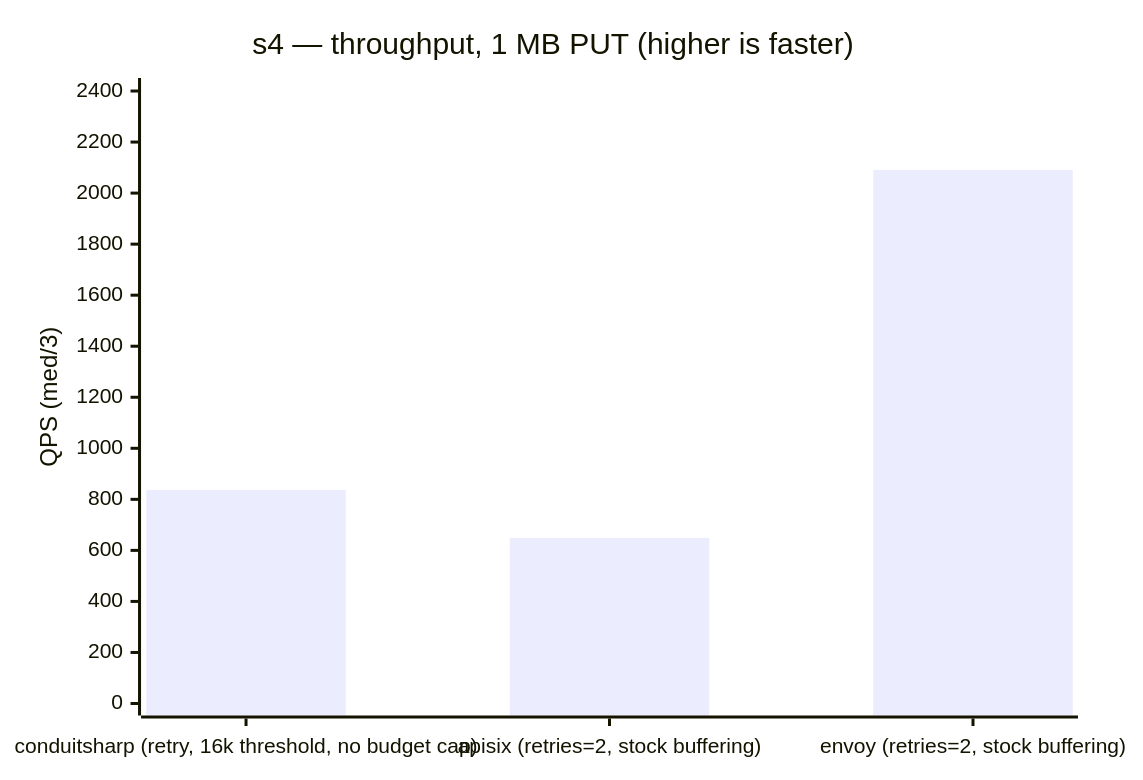
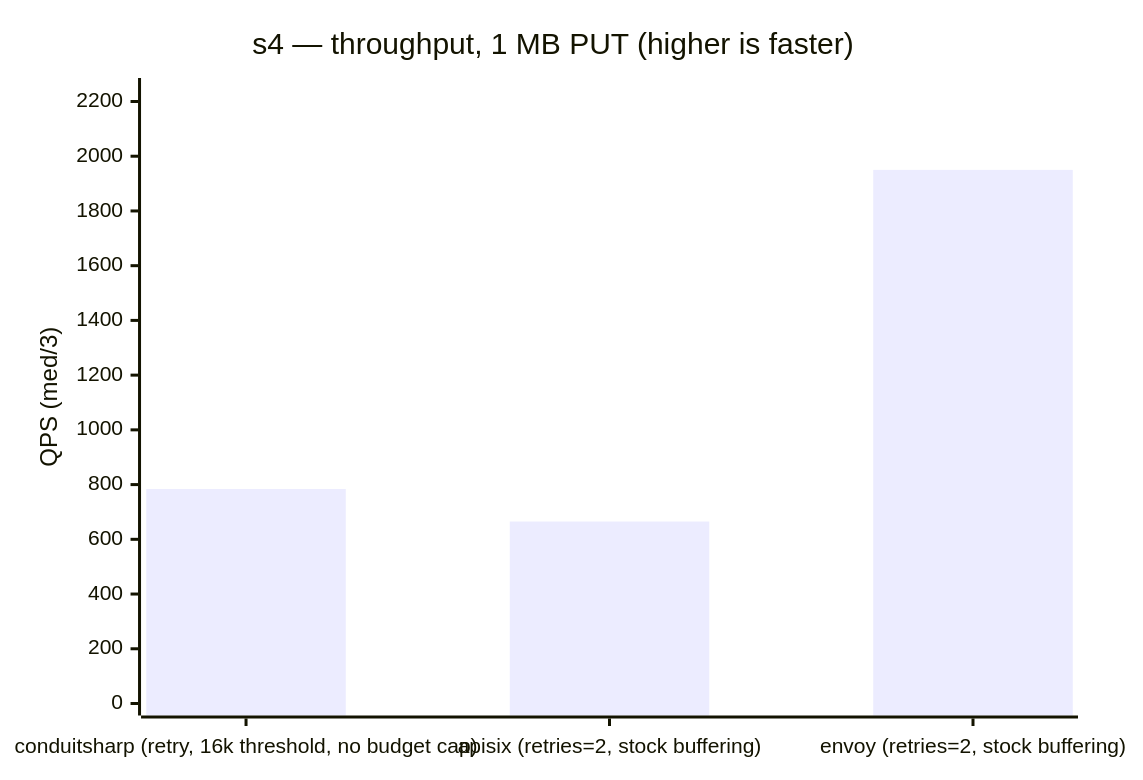
Before and after one commit to liqngliz/ConduitSharp: the first of 2 diagrams in benchmarks/load/README.md, drawn with Mermaid. The commit also changed other lines of this file and 1 other file, not shown here.

````diff
--- a/benchmarks/load/README.md
+++ b/benchmarks/load/README.md
@@ -121,7 +121,7 @@
 ```mermaid
 xychart-beta
     title "s4 — throughput, 1 MB PUT (higher is faster)"
     x-axis ["conduitsharp (retry, 16k threshold, no budget cap)", "apisix (retries=2, stock buffering)", "envoy (retries=2, stock buffering)"]
-    y-axis "QPS (med/3)" 0 --> 2404
-    bar [837, 649, 2091]
+    y-axis "QPS (med/3)" 0 --> 2242
+    bar [784, 665, 1950]
 ```
````
